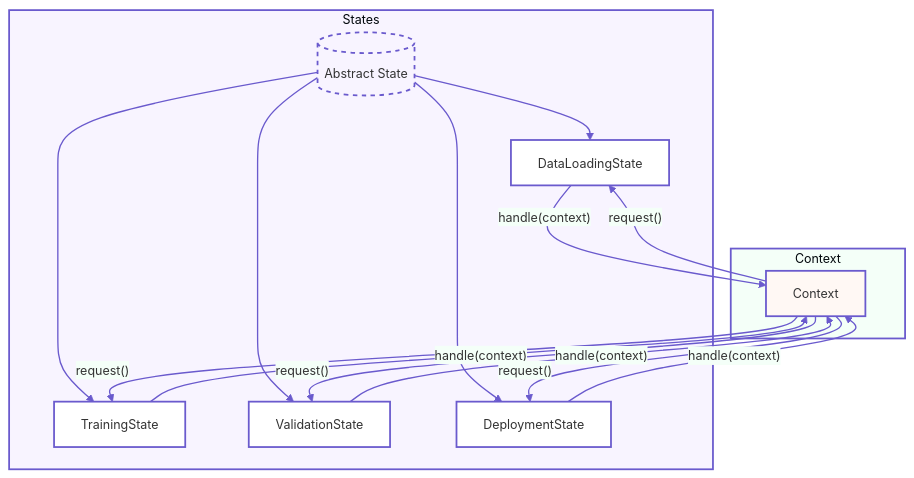
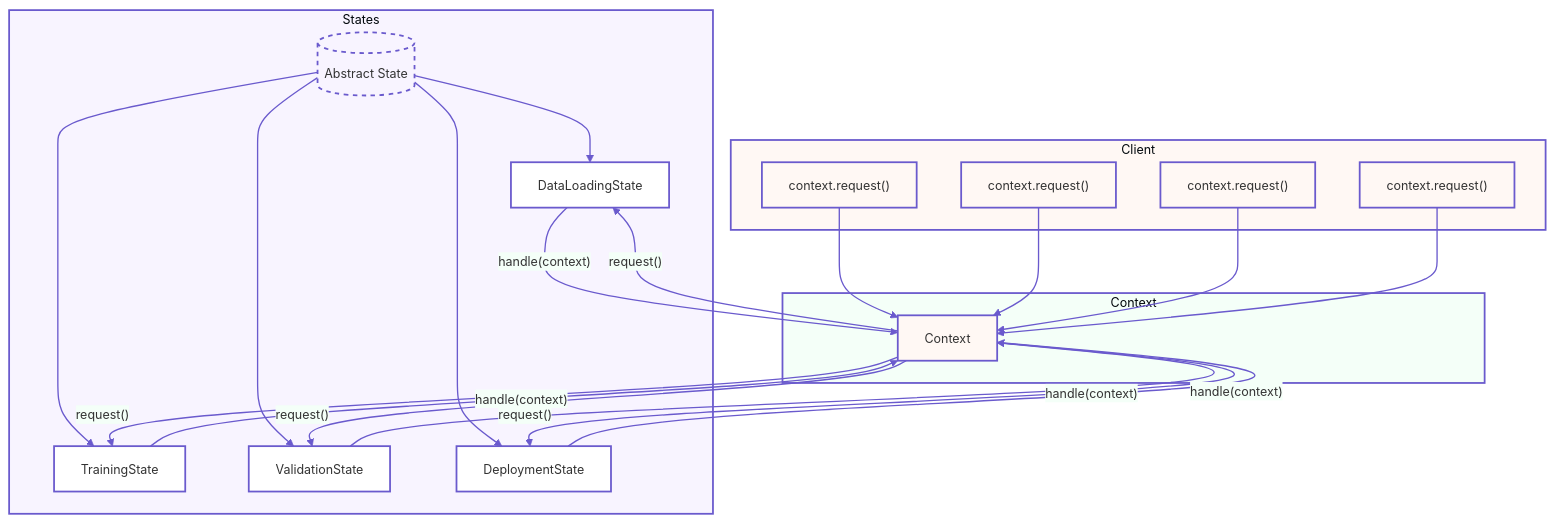
One commit to arunpshankar/Python-Design-Patterns-for-AI changed the diagram in src/mermaid/11_state.mmd. Above: the diagram before and after it, drawn with Mermaid.

```diff
--- a/src/mermaid/11_state.mmd
+++ b/src/mermaid/11_state.mmd
@@ -1,50 +1,63 @@
 %%{init: {'theme': 'base', 'themeVariables': {
     'primaryColor': '#f8f4ff',
     'secondaryColor': '#f4fff8',
     'tertiaryColor': '#fff8f4',
     'mainBkg': '#ffffff',
     'nodeBorder': '#6a5acd',
     'clusterBkg': '#fafafa',
     'clusterBorder': '#6a5acd',
     'lineColor': '#6a5acd',
     'fontFamily': 'Helvetica, Arial, sans-serif',
     'fontSize': '14px'
 }}}%%
 
 flowchart TB
     subgraph States
         style States fill:#f8f4ff,stroke:#6a5acd,stroke-width:2px
         State[("Abstract State")]
         DLS["DataLoadingState"]
         TS["TrainingState"]
         VS["ValidationState"]
         DS["DeploymentState"]
         State --> DLS
         State --> TS
         State --> VS
         State --> DS
     end
 
     subgraph Context
         style Context fill:#f4fff8,stroke:#6a5acd,stroke-width:2px
         CT["Context"]
         DLS -->|"handle(context)"| CT
         TS -->|"handle(context)"| CT
         VS -->|"handle(context)"| CT
         DS -->|"handle(context)"| CT
     end
     
     CT -->|"request()"| DLS
     CT -->|"request()"| TS
     CT -->|"request()"| VS
     CT -->|"request()"| DS
 
+    subgraph Client
+        style Client fill:#fff8f4,stroke:#6a5acd,stroke-width:2px
+        ClientCall1["context.request()"]
+        ClientCall2["context.request()"]
+        ClientCall3["context.request()"]
+        ClientCall4["context.request()"]
+        ClientCall1 --> CT
+        ClientCall2 --> CT
+        ClientCall3 --> CT
+        ClientCall4 --> CT
+    end
+
     classDef abstract fill:#f8f4ff,stroke:#6a5acd,stroke-width:2px,stroke-dasharray: 5 5
     classDef concrete fill:#ffffff,stroke:#6a5acd,stroke-width:2px
     classDef process fill:#fff8f4,stroke:#6a5acd,stroke-width:2px
 
     class State abstract
     class DLS,TS,VS,DS concrete
     class CT process
+    class ClientCall1,ClientCall2,ClientCall3,ClientCall4 process
 
     linkStyle default stroke:#6a5acd,stroke-width:1.5px
```
